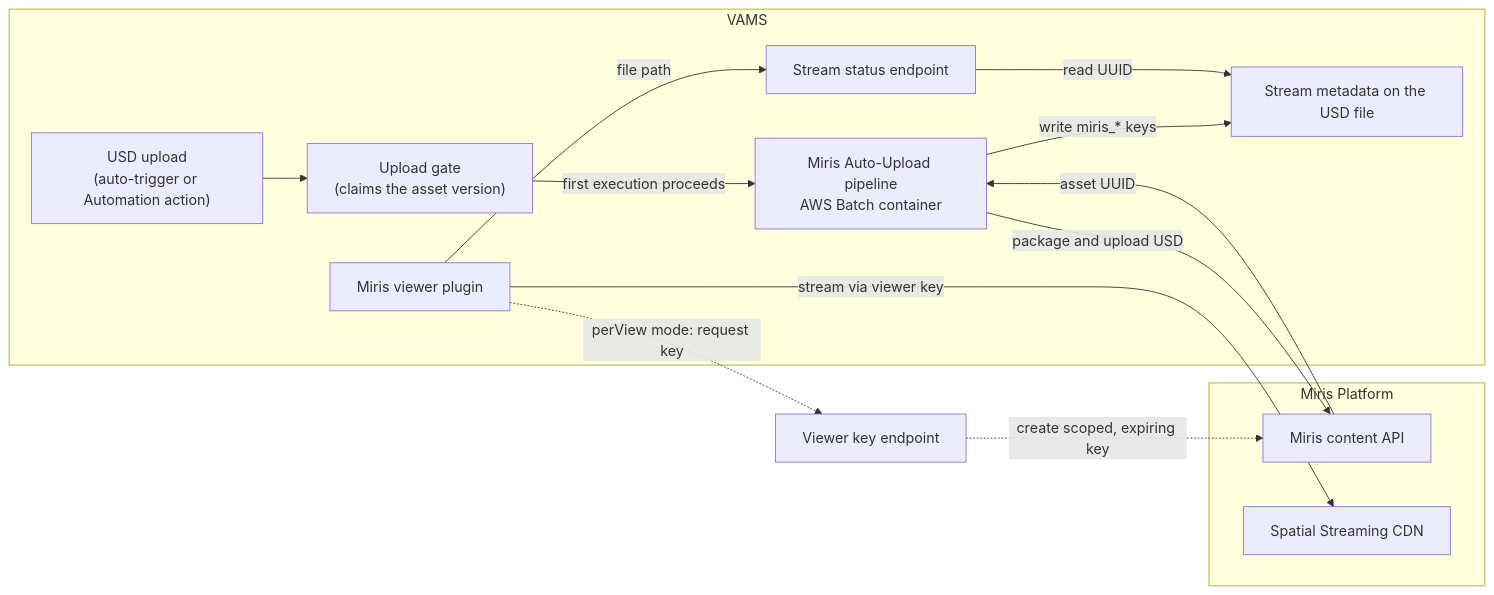
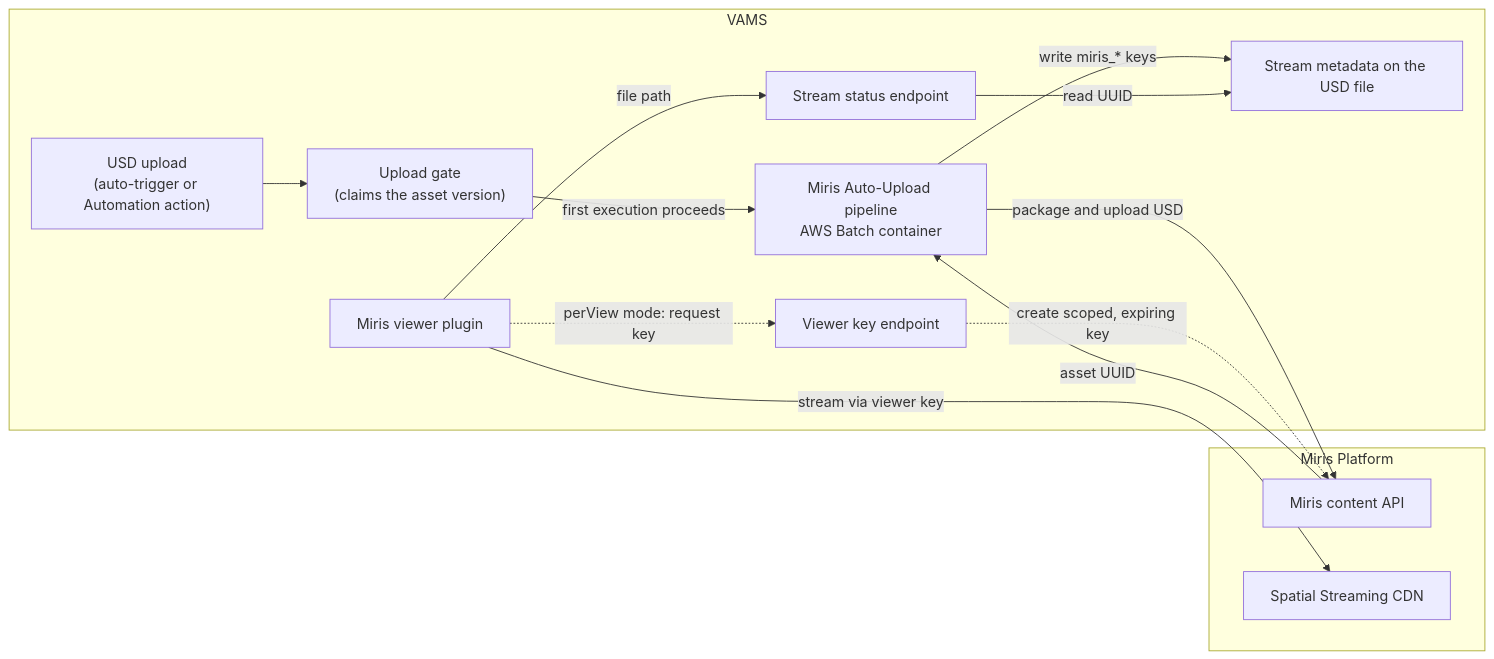
The diagram in documentation/docusaurus-site/docs/developer/external-integrations/miris-spatial-streaming.md (kellan-cartledge-miris/visual-asset-management-system), drawn with Mermaid before and after one commit. The commit also changed other lines of this file and 4 other files, not shown here.

First line of the commit message:
docs(miris): correct per-view key cleanup timing and requirements

````diff
--- a/documentation/docusaurus-site/docs/developer/external-integrations/miris-spatial-streaming.md
+++ b/documentation/docusaurus-site/docs/developer/external-integrations/miris-spatial-streaming.md
@@ -201,26 +202,27 @@
 ```mermaid
 flowchart LR
     subgraph VAMS
         UP["USD upload\n(auto-trigger or Automation action)"]
         GATE["Upload gate\n(claims the asset version)"]
         PIPE["Miris Auto-Upload pipeline\nAWS Batch container"]
         MD["Stream metadata on the USD file"]
         STATUS["Stream status endpoint"]
         VIEW["Miris viewer plugin"]
+        MINT["Viewer key endpoint"]
     end
     subgraph Miris Platform
         API["Miris content API"]
         STREAM["Spatial Streaming CDN"]
     end
 
     UP --> GATE
     GATE -->|first execution proceeds| PIPE
     PIPE -->|package and upload USD| API
     API -->|asset UUID| PIPE
     PIPE -->|write miris_* keys| MD
     VIEW -->|file path| STATUS
     STATUS -->|read UUID| MD
     VIEW -->|stream via viewer key| STREAM
-    VIEW -.->|perView mode: request key| MINT["Viewer key endpoint"]
+    VIEW -.->|perView mode: request key| MINT
     MINT -.->|create scoped, expiring key| API
 ```
````
